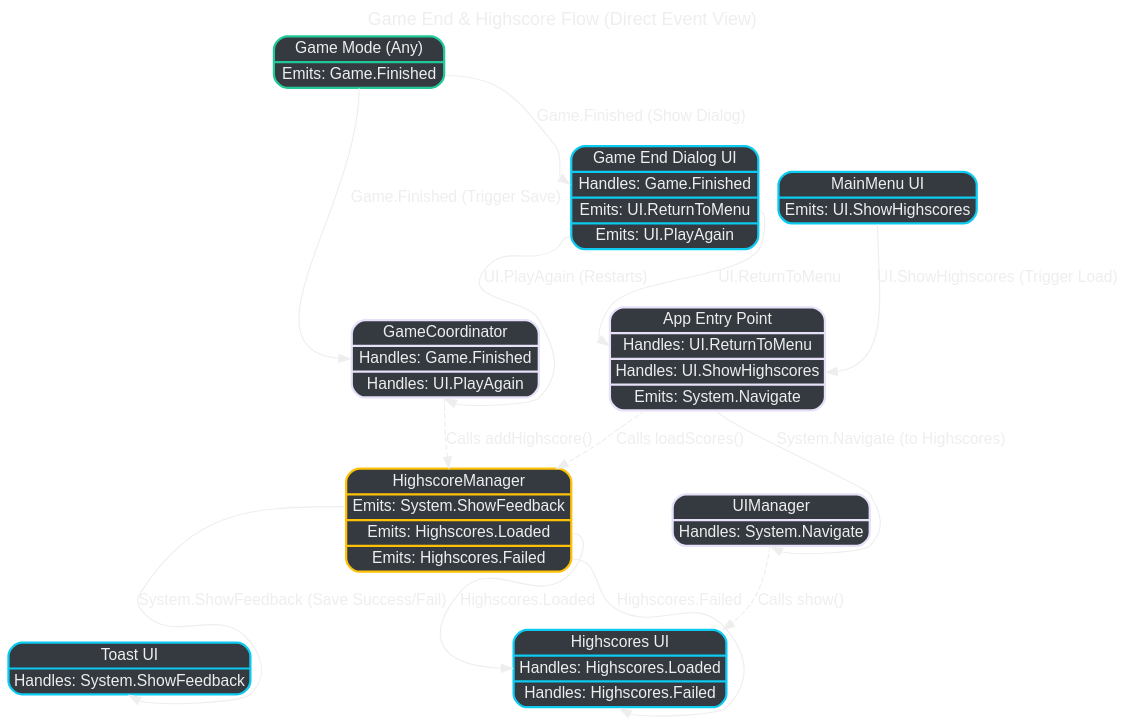
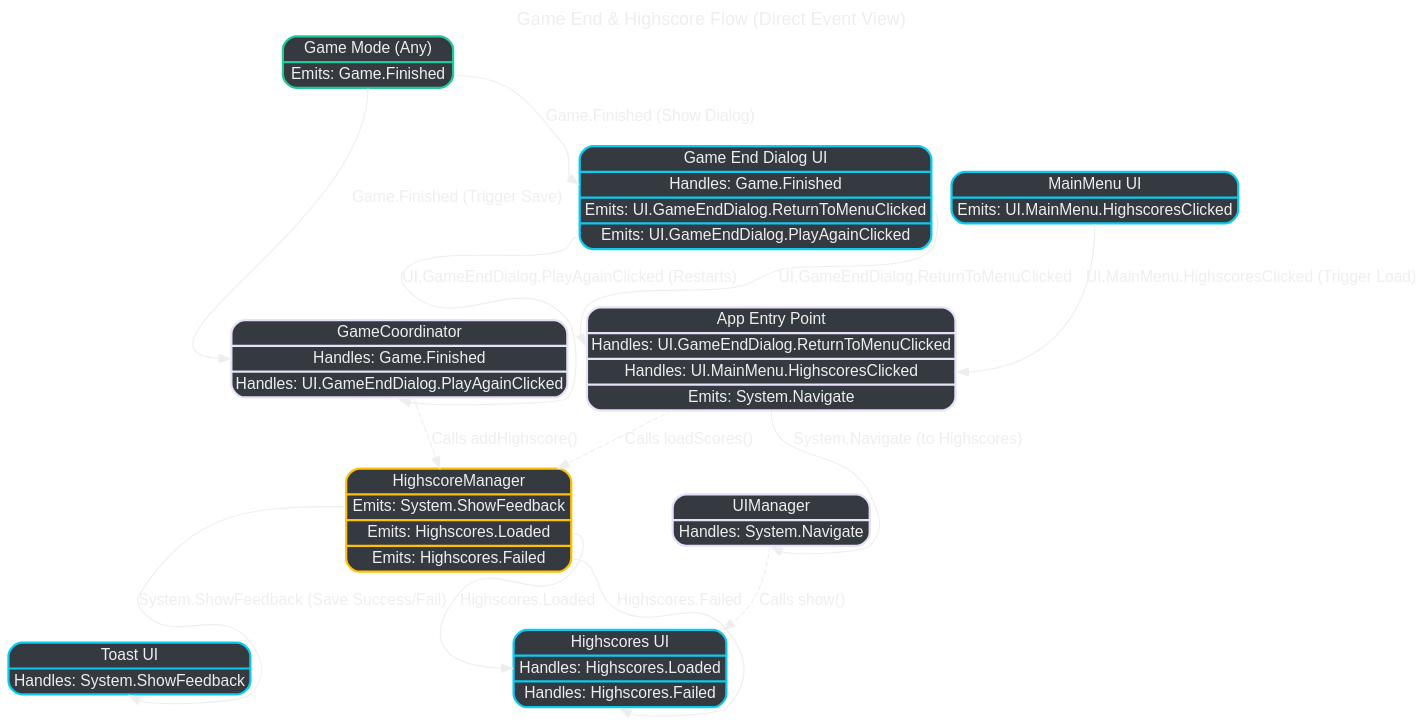
Before and after one commit to SchizoDuckie/unicornpoep: the diagram in v2/docs/7-scenario-game-end-highscores-without-bus.dot, drawn with Graphviz. The commit also changed 70 other files, not shown here.

```diff
--- a/v2/docs/7-scenario-game-end-highscores-without-bus.dot
+++ b/v2/docs/7-scenario-game-end-highscores-without-bus.dot
@@ -1,54 +1,54 @@
 digraph GameEndFlow_Direct {
     rankdir=TD;
     sep="0.6";
     overlap=false;
     bgcolor="transparent";
     fontname="Arial";
     node [shape=box, style="rounded,filled", fontcolor="#eeeeee", color="#eeeeee", fontname="Arial"];
     edge [fontcolor="#eeeeee", color="#eeeeee", fontname="Arial"];
     graph [label="Game End & Highscore Flow (Direct Event View)", labelloc=t, fontsize=16, fontcolor="#eeeeee"];
 
     // Node Styles (Record for specific event interactions)
     BaseGameMode [shape="record", style="rounded,filled", fillcolor="#343a40", color="#20c997", penwidth=2,
                   label="{ Game Mode (Any) | {<emits_fin> Emits: Game.Finished} }"];
     GameEndDialog [shape="record", style="rounded,filled", fillcolor="#343a40", color="#0dcaf0", penwidth=2,
-                   label="{ Game End Dialog UI | {<handles_fin> Handles: Game.Finished} | {<emits_menu> Emits: UI.ReturnToMenu} | {<emits_play> Emits: UI.PlayAgain} }"];
+                   label="{ Game End Dialog UI | {<handles_fin> Handles: Game.Finished} | {<emits_menu> Emits: UI.GameEndDialog.ReturnToMenuClicked} | {<emits_play> Emits: UI.GameEndDialog.PlayAgainClicked} }"];
     HighscoresComponent [shape="record", style="rounded,filled", fillcolor="#343a40", color="#0dcaf0", penwidth=2,
                          label="{ Highscores UI | {<handles_loaded> Handles: Highscores.Loaded} | {<handles_failed> Handles: Highscores.Failed} }"]; // Specific handles
     MainMenuComponent [shape="record", style="rounded,filled", fillcolor="#343a40", color="#0dcaf0", penwidth=2,
-                       label="{ MainMenu UI | {<emits_hs> Emits: UI.ShowHighscores} }"];
+                       label="{ MainMenu UI | {<emits_hs> Emits: UI.MainMenu.HighscoresClicked} }"];
     GameCoordinator [shape="record", style="rounded,filled", fillcolor="#343a40", color="#e6e0f8", penwidth=2,
-                     label="{ GameCoordinator | {<handles_fin> Handles: Game.Finished} | {<handles_play> Handles: UI.PlayAgain} }"];
+                     label="{ GameCoordinator | {<handles_fin> Handles: Game.Finished} | {<handles_play> Handles: UI.GameEndDialog.PlayAgainClicked} }"];
     UnicornPoep [shape="record", style="rounded,filled", fillcolor="#343a40", color="#e6e0f8", penwidth=2,
-                 label="{ App Entry Point | {<handles_menu> Handles: UI.ReturnToMenu} | {<handles_hs> Handles: UI.ShowHighscores} | {<emits_nav> Emits: System.Navigate} }"];
+                 label="{ App Entry Point | {<handles_menu> Handles: UI.GameEndDialog.ReturnToMenuClicked} | {<handles_hs> Handles: UI.MainMenu.HighscoresClicked} | {<emits_nav> Emits: System.Navigate} }"];
     HighscoreManager [shape="record", style="rounded,filled", fillcolor="#343a40", color="#ffc107", penwidth=2,
                       label="{ HighscoreManager | {<emits_feedback> Emits: System.ShowFeedback} | {<emits_loaded> Emits: Highscores.Loaded} | {<emits_failed> Emits: Highscores.Failed} }"]; // Specific emits
     UIManager [shape="record", style="rounded,filled", fillcolor="#343a40", color="#e6e0f8", penwidth=2,
                label="{ UIManager | {<handles_nav> Handles: System.Navigate} }"];
     ToastComponent [shape="record", style="rounded,filled", fillcolor="#343a40", color="#0dcaf0", penwidth=2,
                     label="{ Toast UI | {<handles_feedback> Handles: System.ShowFeedback} }"];
 
     // 1. Game Mode finishes -> Coordinator & UI (Direct Event Flows)
     BaseGameMode:emits_fin -> GameCoordinator:handles_fin [label=" Game.Finished (Trigger Save)"];
     BaseGameMode:emits_fin -> GameEndDialog:handles_fin [label=" Game.Finished (Show Dialog)"];
 
     // 2. Coordinator saves score (Direct Call + Event)
     GameCoordinator -> HighscoreManager [label=" Calls addHighscore()", style=dashed];
     HighscoreManager:emits_feedback -> ToastComponent:handles_feedback [label=" System.ShowFeedback (Save Success/Fail)"]; // Direct feedback
 
     // 3. User action from End Dialog -> App/Coordinator (Direct Event Flows)
-    GameEndDialog:emits_menu -> UnicornPoep:handles_menu [label=" UI.ReturnToMenu"];
-    GameEndDialog:emits_play -> GameCoordinator:handles_play [label=" UI.PlayAgain (Restarts)"];
+    GameEndDialog:emits_menu -> UnicornPoep:handles_menu [label=" UI.GameEndDialog.ReturnToMenuClicked"];
+    GameEndDialog:emits_play -> GameCoordinator:handles_play [label=" UI.GameEndDialog.PlayAgainClicked (Restarts)"];
 
     // 4. User requests highscores (Event + Direct Call + Event)
-    MainMenuComponent:emits_hs -> UnicornPoep:handles_hs [label=" UI.ShowHighscores (Trigger Load)"]; // Direct UI event
+    MainMenuComponent:emits_hs -> UnicornPoep:handles_hs [label=" UI.MainMenu.HighscoresClicked (Trigger Load)"]; // Direct UI event
     UnicornPoep -> HighscoreManager [label=" Calls loadScores()", style=dashed]; // Direct Call
     UnicornPoep:emits_nav -> UIManager:handles_nav [label=" System.Navigate (to Highscores)"]; // Direct Nav Event
 
     // 5. Highscore Manager loads data -> UI (Direct Event Flows)
     HighscoreManager:emits_loaded -> HighscoresComponent:handles_loaded [label=" Highscores.Loaded"];
     HighscoreManager:emits_failed -> HighscoresComponent:handles_failed [label=" Highscores.Failed"];
 
     // 6. UIManager shows Highscore UI (Direct Call - after nav handled)
     UIManager -> HighscoresComponent [label=" Calls show()", style=dashed];
 } 
```
